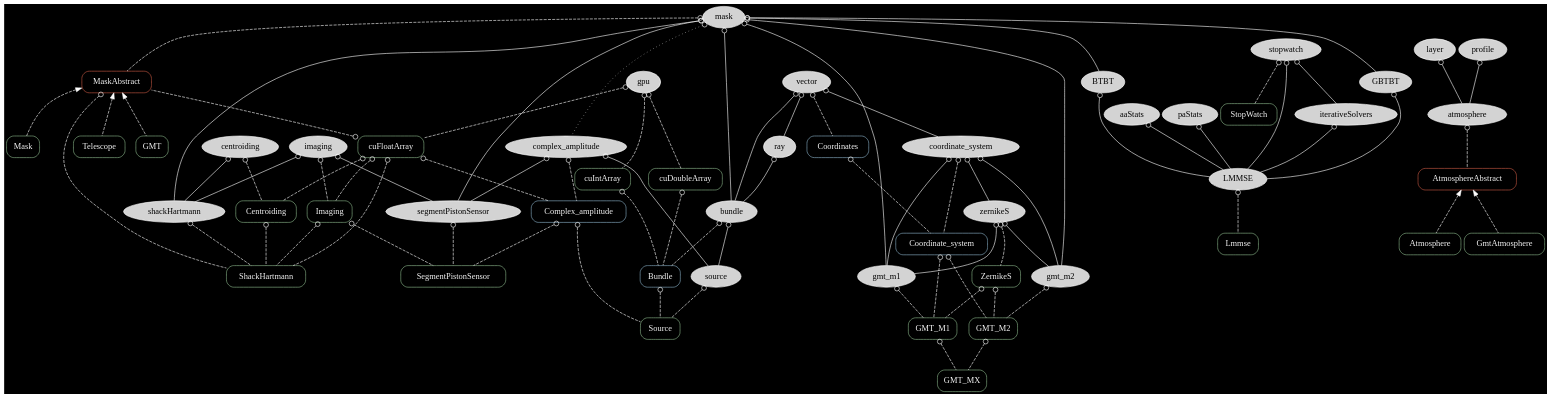
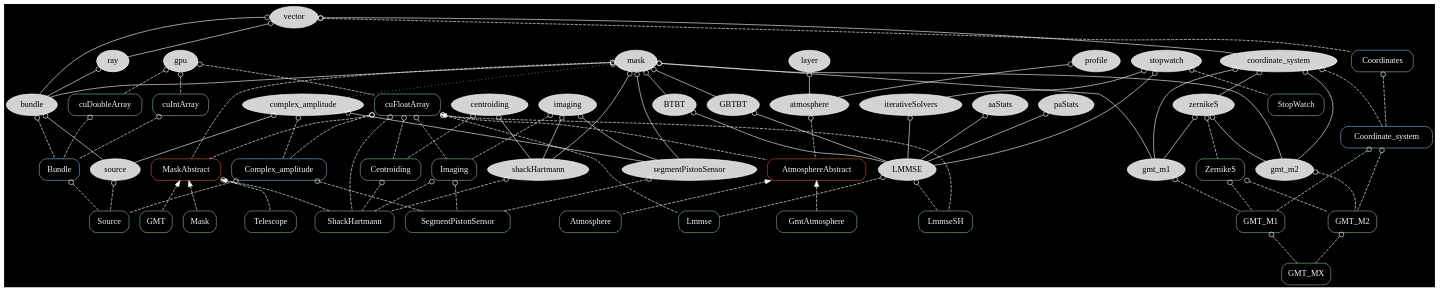
One commit to rconan/CEO changed the diagram in graph/ceo.dot. Above: the diagram before and after it, drawn with Graphviz. The commit also changed 3 other files, not shown here.

```diff
--- a/graph/ceo.dot
+++ b/graph/ceo.dot
@@ -1,125 +1,129 @@
 digraph {
 overlap=false
 splines=true
 bgcolor = black
 node[style=filled,fillcolor=lightgray,color=white];
 edge[arrowtail=odot,dir=back,color=white];
 
 mask -> shackHartmann;
 imaging -> shackHartmann;
 centroiding -> shackHartmann;
 bundle -> source;
 
 coordinate_system -> zernikeS;
 coordinate_system -> gmt_m1;
 coordinate_system -> gmt_m2
 
 mask -> gmt_m1;
 mask -> gmt_m2;
 
 zernikeS -> gmt_m1;
 zernikeS -> gmt_m2;
 
 vector -> coordinate_system;
 vector -> bundle;
 
 mask -> bundle;
 ray -> bundle;
 vector -> ray;
 complex_amplitude -> source;
 
 layer -> atmosphere;
 profile -> atmosphere;
 
 mask -> BTBT;
 mask -> GBTBT;
 aaStats -> LMMSE;
 paStats -> LMMSE;
 BTBT -> LMMSE;
 GBTBT -> LMMSE;
 iterativeSolvers -> LMMSE;
 stopwatch -> LMMSE;
 stopwatch -> iterativeSolvers;
 
 gpu;
 
 complex_amplitude -> segmentPistonSensor;
 mask -> segmentPistonSensor;
 imaging -> segmentPistonSensor;
 
 edge[style=dotted,color=white]
 mask -> complex_amplitude;
 
 node[color=darkseagreen,style=rounded,shape=box,fontcolor=whitesmoke];
 edge[style=dashed,color=white]
 
 centroiding -> Centroiding;
 imaging -> Imaging;
 cuFloatArray -> Imaging;
 cuFloatArray -> Centroiding;
 
 source -> Source;
 Complex_amplitude[color=lightskyblue3];
 complex_amplitude -> Complex_amplitude;
 cuFloatArray -> Complex_amplitude;
 Bundle[color=lightskyblue3];
 bundle -> Bundle;
 cuDoubleArray -> Bundle;
 cuIntArray -> Bundle;
 Complex_amplitude -> Source[label="wavefront"];
 Bundle -> Source[label="rays"];
 
 shackHartmann -> ShackHartmann;
 MaskAbstract -> ShackHartmann;
 cuFloatArray -> ShackHartmann
 Imaging -> ShackHartmann;
 Centroiding -> ShackHartmann;
 
 segmentPistonSensor -> SegmentPistonSensor;
 
 gmt_m1 -> GMT_M1;
 gmt_m2 -> GMT_M2;
 ZernikeS;
 zernikeS -> ZernikeS;
 ZernikeS -> GMT_M1;
 ZernikeS -> GMT_M2;
 GMT_M1 -> GMT_MX[label="M1"];
 GMT_M2 -> GMT_MX[label="M2"];
 Coordinate_system[color=lightskyblue3];
 coordinate_system -> Coordinate_system;
 Coordinate_system -> GMT_M1;
 Coordinate_system -> GMT_M2;
 Coordinates[color=lightskyblue3];
 Coordinates -> Coordinate_system;
 vector -> Coordinates;
 
 AtmosphereAbstract[color=coral3];
 atmosphere -> AtmosphereAbstract;
 
 MaskAbstract[color=coral3]
 mask -> MaskAbstract;
 cuFloatArray -> MaskAbstract;
 Complex_amplitude -> SegmentPistonSensor;
 Imaging -> SegmentPistonSensor;
 
 stopwatch -> StopWatch;
 
 gpu -> cuFloatArray;
 gpu -> cuIntArray;
 gpu -> cuDoubleArray;
 LMMSE -> Lmmse;
+LMMSE -> LmmseSH;
+cuFloatArray -> Lmmse;
+cuFloatArray -> LmmseSH;
 
 edge[dir=back,arrowtail=normal];
 
 AtmosphereAbstract -> Atmosphere;
 AtmosphereAbstract -> GmtAtmosphere;
+cuFloatArray -> AtmosphereAbstract;
 
 MaskAbstract -> Mask;
 MaskAbstract -> Telescope;
 MaskAbstract -> GMT;
 
-{rank = source; mask;}
-{rank = same; gpu; vector; MaskAbstract;}
+#{rank = source; mask;}
+#{rank = same; gpu; vector; MaskAbstract;}
 #{rank = same; Source; ShackHartmann}
 #{rank=same; stopwatch; LMMSE;}
 }
```
